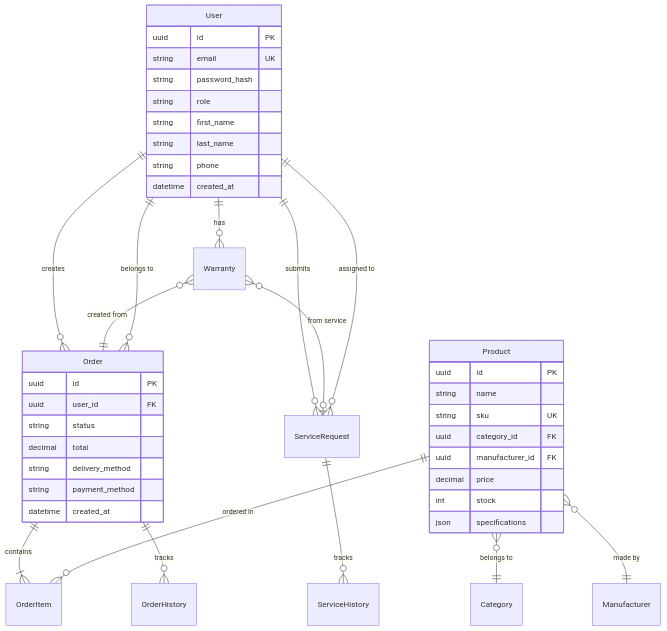
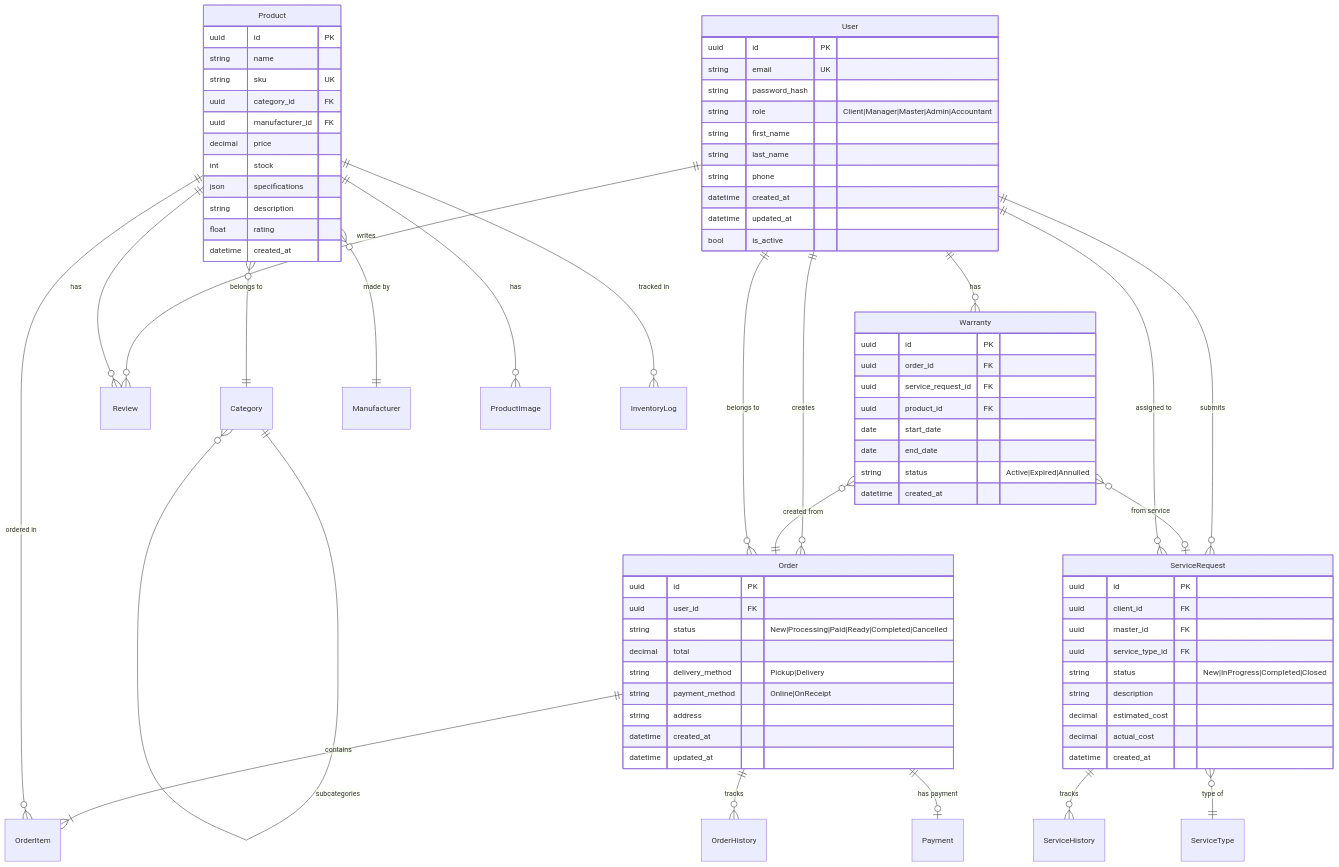
Diagram 13 of 14 in development-plan/02-contracts-and-architecture.md (Goldie228/GoldPC), drawn with Mermaid before and after one commit. The commit also changed other lines of this file and 10 other files, not shown here.

````diff
--- a/development-plan/02-contracts-and-architecture.md
+++ b/development-plan/02-contracts-and-architecture.md
@@ -657,30 +1150,40 @@
     User ||--o{ Order : creates
     User ||--o{ ServiceRequest : submits
     User ||--o{ Warranty : has
+    User ||--o{ Review : writes
     
     Order ||--|{ OrderItem : contains
     Order ||--o{ OrderHistory : tracks
     Order }o--|| User : "belongs to"
+    Order ||--o| Payment : "has payment"
     
     Product ||--o{ OrderItem : "ordered in"
+    Product ||--o{ Review : "has"
     Product }o--|| Category : "belongs to"
     Product }o--|| Manufacturer : "made by"
+    Product ||--o{ ProductImage : "has"
+    Product ||--o{ InventoryLog : "tracked in"
     
     ServiceRequest ||--o{ ServiceHistory : tracks
     ServiceRequest }o--|| User : "assigned to"
+    ServiceRequest }o--|| ServiceType : "type of"
     
     Warranty }o--|| Order : "created from"
     Warranty }o--o| ServiceRequest : "from service"
+    
+    Category ||--o{ Category : "subcategories"
     
     User {
         uuid id PK
         string email UK
         string password_hash
-        string role
+        string role "Client|Manager|Master|Admin|Accountant"
         string first_name
         string last_name
         string phone
         datetime created_at
+        datetime updated_at
+        bool is_active
     }
     
     Product {
@@ -692,15 +1195,43 @@
         decimal price
         int stock
         json specifications
+        string description
+        float rating
+        datetime created_at
     }
     
     Order {
         uuid id PK
         uuid user_id FK
-        string status
+        string status "New|Processing|Paid|Ready|Completed|Cancelled"
         decimal total
-        string delivery_method
-        string payment_method
+        string delivery_method "Pickup|Delivery"
+        string payment_method "Online|OnReceipt"
+        string address
+        datetime created_at
+        datetime updated_at
+    }
+    
+    ServiceRequest {
+        uuid id PK
+        uuid client_id FK
+        uuid master_id FK
+        uuid service_type_id FK
+        string status "New|InProgress|Completed|Closed"
+        string description
+        decimal estimated_cost
+        decimal actual_cost
+        datetime created_at
+    }
+    
+    Warranty {
+        uuid id PK
+        uuid order_id FK
+        uuid service_request_id FK
+        uuid product_id FK
+        date start_date
+        date end_date
+        string status "Active|Expired|Annulled"
         datetime created_at
     }
 ```
````
